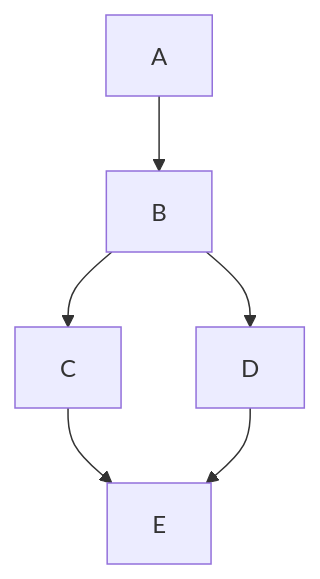
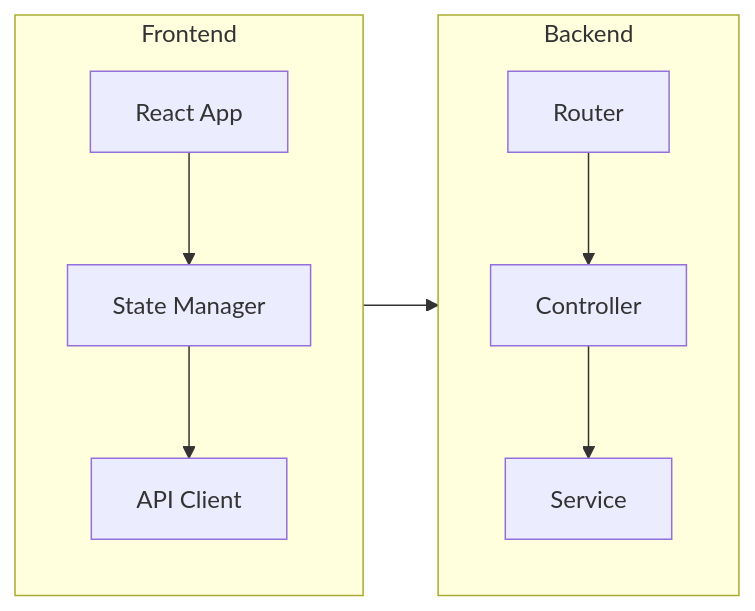
The ninth of 10 diagrams in skills/mermaid-diagrams/references/advanced-features.md (costa-marcello/skillkit), drawn with Mermaid before and after one commit. The commit also changed other lines of this file and 10 other files, not shown here.

First line of the commit message:
Fix 13 Mermaid syntax errors and sharpen best practices across reference docs

````diff
--- a/skills/mermaid-diagrams/references/advanced-features.md
+++ b/skills/mermaid-diagrams/references/advanced-features.md
@@ -187,10 +186,16 @@
 ```mermaid
-flowchart TB
-    A --> B
-    B --> C
-    B --> D
-    C --> E
-    D --> E
+flowchart LR
+    subgraph Frontend
+        direction TB
+        A[React App] --> B[State Manager]
+        B --> C[API Client]
+    end
 
-    %% This is a comment - helps organize complex diagrams
+    subgraph Backend
+        direction TB
+        D[Router] --> E[Controller]
+        E --> F[Service]
+    end
+
+    C --> D
 ```
````
